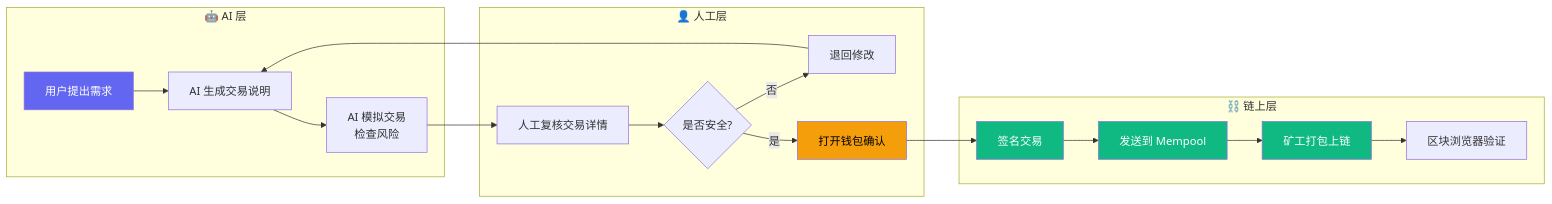
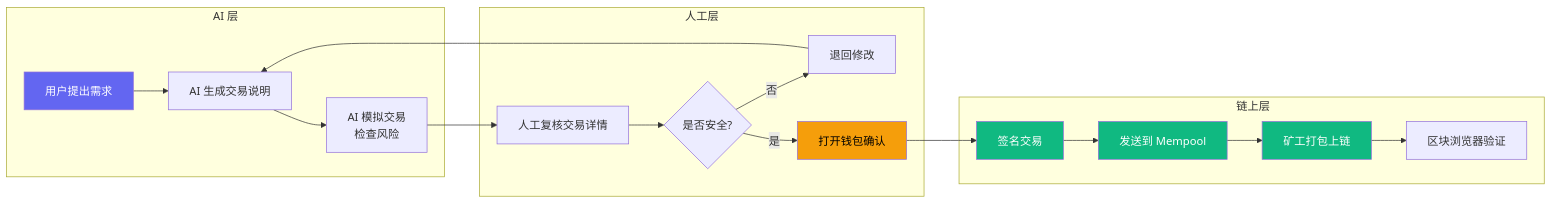
One commit to hwish39-byte/ai-web3-school-notes changed the first of 3 diagrams in AI×Web3交叉流程图.md. Above: the diagram before and after it, drawn with Mermaid. The commit also changed other lines of this file and 9 other files, not shown here.

````diff
--- a/AI×Web3交叉流程图.md
+++ b/AI×Web3交叉流程图.md
@@ -7,28 +7,28 @@
 ```mermaid
 flowchart LR
-    subgraph AI["🤖 AI 层"]
-        A1[用户提出需求] --> A2[AI 生成交易说明]
-        A2 --> A3[AI 模拟交易<br/>检查风险]
-    end
+ subgraph AI[" AI 层"]
+ A1[用户提出需求] --> A2[AI 生成交易说明]
+ A2 --> A3[AI 模拟交易<br/>检查风险]
+ end
 
-    subgraph HUMAN["👤 人工层"]
-        A3 --> B1[人工复核交易详情]
-        B1 --> B2{是否安全?}
-        B2 -- 否 --> B3[退回修改]
-        B3 --> A2
-        B2 -- 是 --> B4[打开钱包确认]
-    end
+ subgraph HUMAN[" 人工层"]
+ A3 --> B1[人工复核交易详情]
+ B1 --> B2{是否安全?}
+ B2 -- 否 --> B3[退回修改]
+ B3 --> A2
+ B2 -- 是 --> B4[打开钱包确认]
+ end
 
-    subgraph CHAIN["⛓️ 链上层"]
-        B4 --> C1[签名交易]
-        C1 --> C2[发送到 Mempool]
-        C2 --> C3[矿工打包上链]
-        C3 --> C4[区块浏览器验证]
-    end
+ subgraph CHAIN["️ 链上层"]
+ B4 --> C1[签名交易]
+ C1 --> C2[发送到 Mempool]
+ C2 --> C3[矿工打包上链]
+ C3 --> C4[区块浏览器验证]
+ end
 
-    style A1 fill:#6366f1,color:#fff
-    style B4 fill:#f59e0b,color:#000
-    style C1 fill:#10b981,color:#fff
-    style C2 fill:#10b981,color:#fff
-    style C3 fill:#10b981,color:#fff
+ style A1 fill:#6366f1,color:#fff
+ style B4 fill:#f59e0b,color:#000
+ style C1 fill:#10b981,color:#fff
+ style C2 fill:#10b981,color:#fff
+ style C3 fill:#10b981,color:#fff
 ```
````
